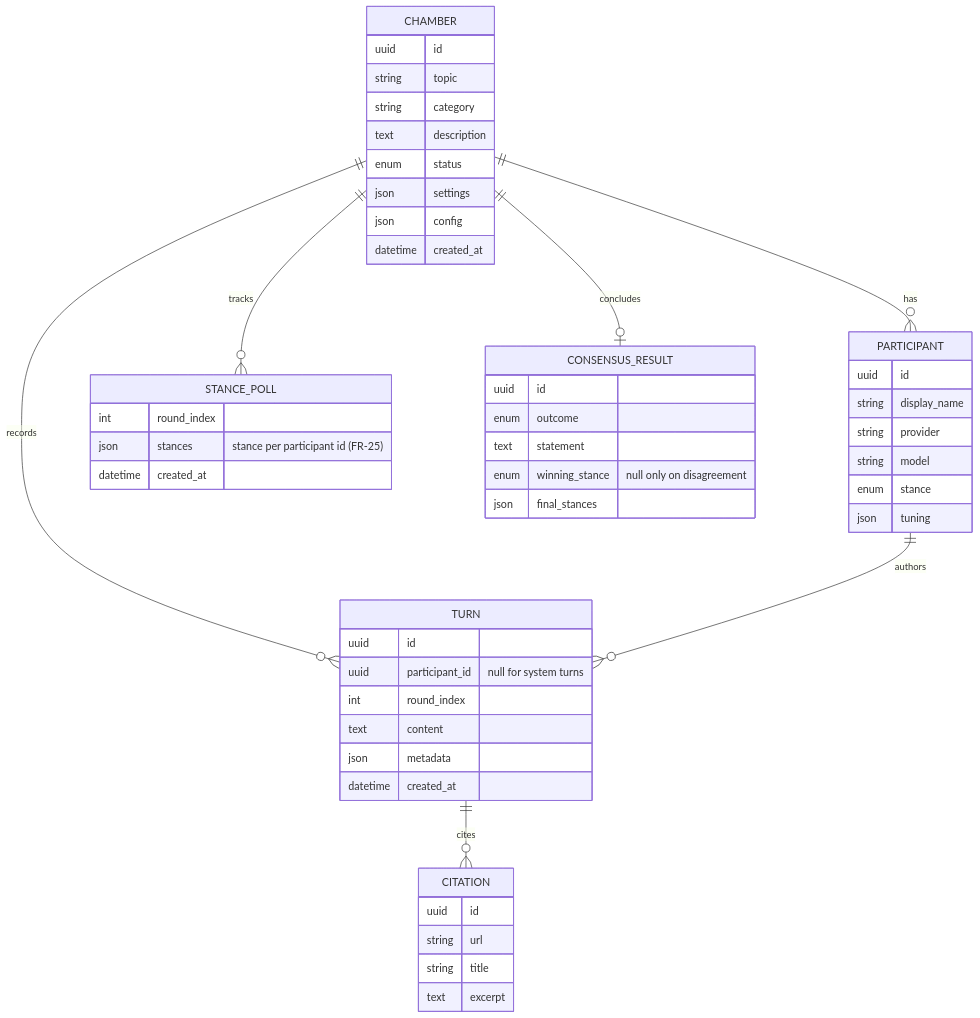
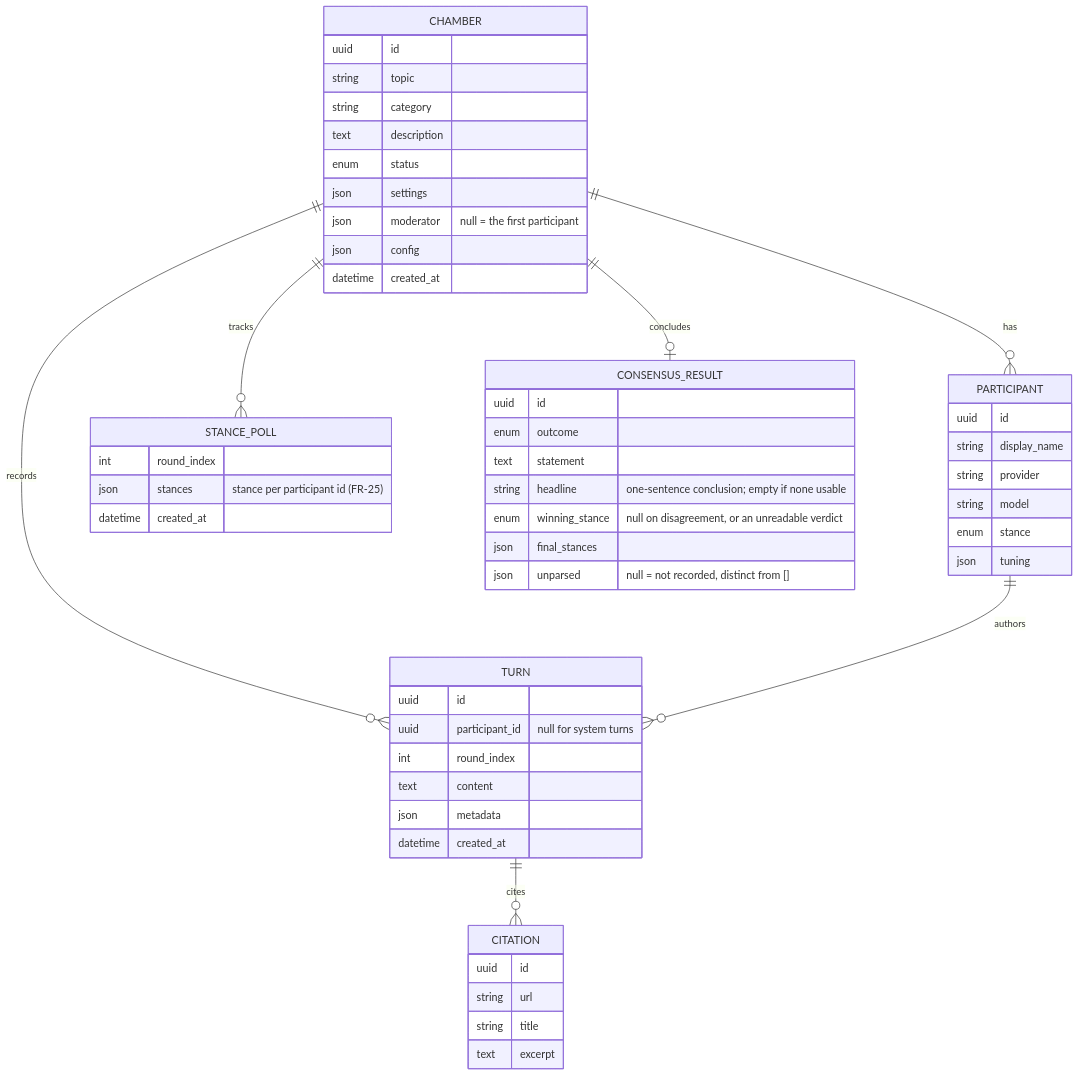
One commit to ettoreferranti/cicero changed the second of 3 diagrams in docs/architecture.md. Above: the diagram before and after it, drawn with Mermaid. The commit also changed other lines of this file and 41 other files, not shown here.

````diff
--- a/docs/architecture.md
+++ b/docs/architecture.md
@@ -130,54 +132,57 @@
 ```mermaid
 erDiagram
   CHAMBER ||--o{ PARTICIPANT : has
   CHAMBER ||--o{ TURN : records
   CHAMBER ||--o{ STANCE_POLL : tracks
   CHAMBER ||--o| CONSENSUS_RESULT : concludes
   PARTICIPANT ||--o{ TURN : authors
   TURN ||--o{ CITATION : cites
 
   CHAMBER {
     uuid id
     string topic
     string category
     text description
     enum status
     json settings
+    json moderator "null = the first participant"
     json config
     datetime created_at
   }
   PARTICIPANT {
     uuid id
     string display_name
     string provider
     string model
     enum stance
     json tuning
   }
   TURN {
     uuid id
     uuid participant_id "null for system turns"
     int round_index
     text content
     json metadata
     datetime created_at
   }
   STANCE_POLL {
     int round_index
     json stances "stance per participant id (FR-25)"
     datetime created_at
   }
   CONSENSUS_RESULT {
     uuid id
     enum outcome
     text statement
-    enum winning_stance "null only on disagreement"
+    string headline "one-sentence conclusion; empty if none usable"
+    enum winning_stance "null on disagreement, or an unreadable verdict"
     json final_stances
+    json unparsed "null = not recorded, distinct from []"
   }
   CITATION {
     uuid id
     string url
     string title
     text excerpt
   }
 ```
````
